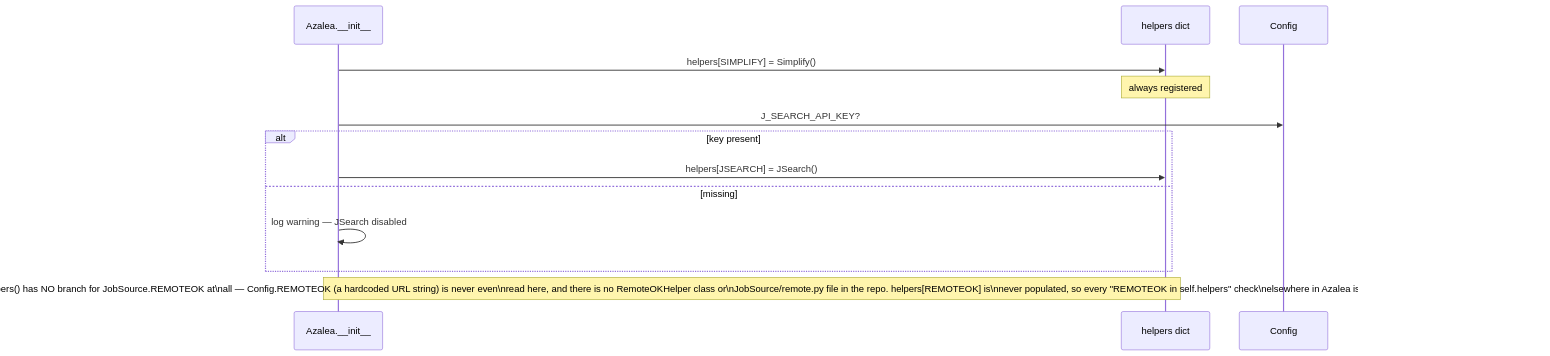
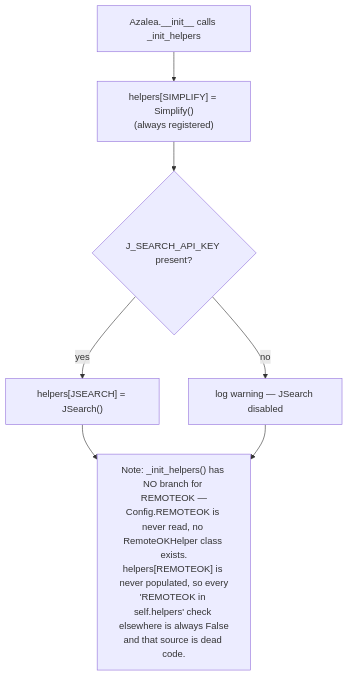
Before and after one commit to AustinDwomoh/libra: the first of 5 diagrams in docs/diagrams/azalea_seq.md, drawn with Mermaid. The commit also changed other lines of this file and 17 other files, not shown here.

First line of the commit message:
Convert Mermaid sequences to flowcharts

````diff
--- a/docs/diagrams/azalea_seq.md
+++ b/docs/diagrams/azalea_seq.md
@@ -1,20 +1,10 @@
 ```mermaid
-%% sequenceDiagram — _init_helpers (conditional source registration)
-sequenceDiagram
-    participant Az as Azalea.__init__
-    participant H as helpers dict
-    participant Cfg as Config
-
-    Az->>H: helpers[SIMPLIFY] = Simplify()
-    Note over H: always registered
-
-    Az->>Cfg: J_SEARCH_API_KEY?
-    alt key present
-        Az->>H: helpers[JSEARCH] = JSearch()
-    else missing
-        Az->>Az: log warning — JSearch disabled
-    end
-
-    Note over Az,H: _init_helpers() has NO branch for JobSource.REMOTEOK at\nall — Config.REMOTEOK (a hardcoded URL string) is never even\nread here, and there is no RemoteOKHelper class or\nJobSource/remote.py file in the repo. helpers[REMOTEOK] is\nnever populated, so every "REMOTEOK in self.helpers" check\nelsewhere in Azalea is always False and that source is dead code.
-
+%% flowchart — _init_helpers (conditional source registration)
+flowchart TD
+    A[Azalea.__init__ calls _init_helpers] --> B["helpers[SIMPLIFY] = Simplify()<br/>(always registered)"]
+    B --> C{J_SEARCH_API_KEY present?}
+    C -->|yes| D["helpers[JSEARCH] = JSearch()"]
+    C -->|no| E[log warning — JSearch disabled]
+    D --> F["Note: _init_helpers() has NO branch for REMOTEOK —<br/>Config.REMOTEOK is never read, no RemoteOKHelper class exists.<br/>helpers[REMOTEOK] is never populated, so every<br/>'REMOTEOK in self.helpers' check elsewhere is always False<br/>and that source is dead code."]
+    E --> F
 ```
````
